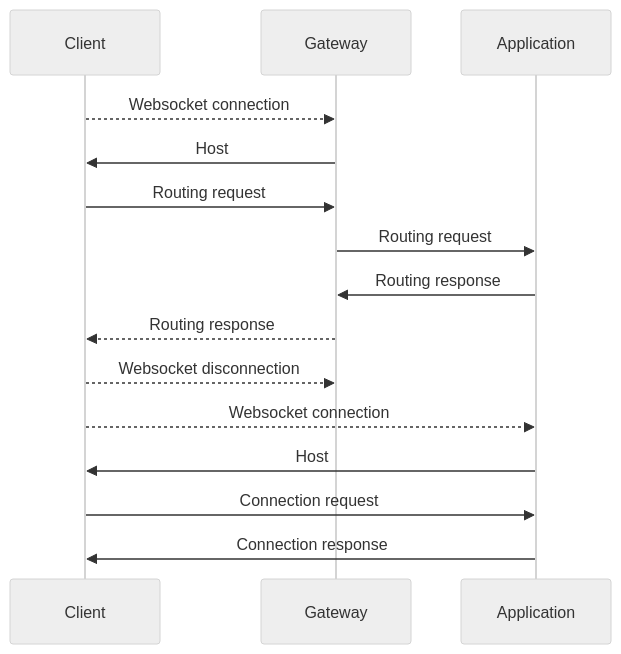
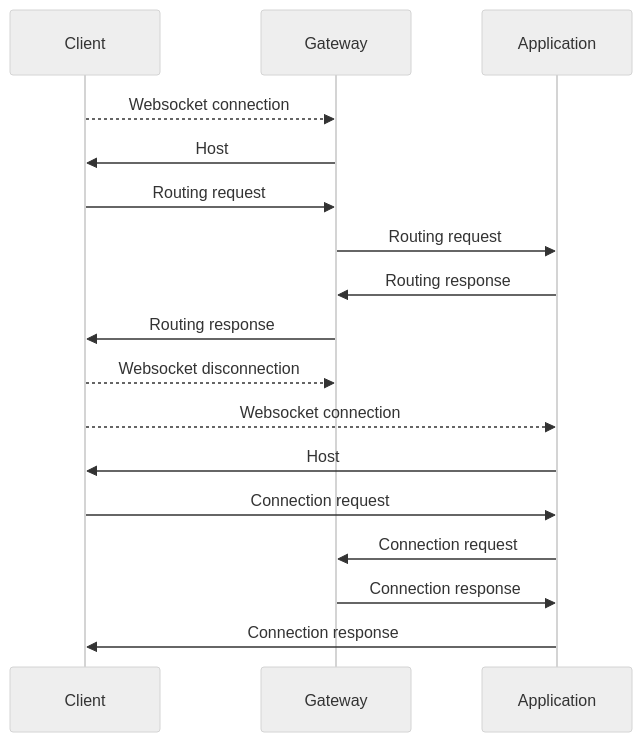
The second of 9 diagrams in documentation/Protocol.md (ErFer7/WebChat), drawn with Mermaid (neutral theme) before and after one commit. The commit also changed other lines of this file and 23 other files, not shown here.

````diff
--- a/documentation/Protocol.md
+++ b/documentation/Protocol.md
@@ -126,14 +126,16 @@
 ```mermaid
 sequenceDiagram
     Client -->> Gateway: Websocket connection
     Gateway ->> Client: Host
     Client ->> Gateway: Routing request
     Gateway ->> Application: Routing request
     Application ->> Gateway: Routing response
-    Gateway -->> Client: Routing response
+    Gateway ->> Client: Routing response
     Client -->> Gateway: Websocket disconnection
     Client -->> Application: Websocket connection
     Application ->> Client: Host
     Client ->> Application: Connection request
+    Application ->> Gateway: Connection request
+    Gateway ->> Application: Connection response
     Application ->> Client: Connection response
 ```
````
